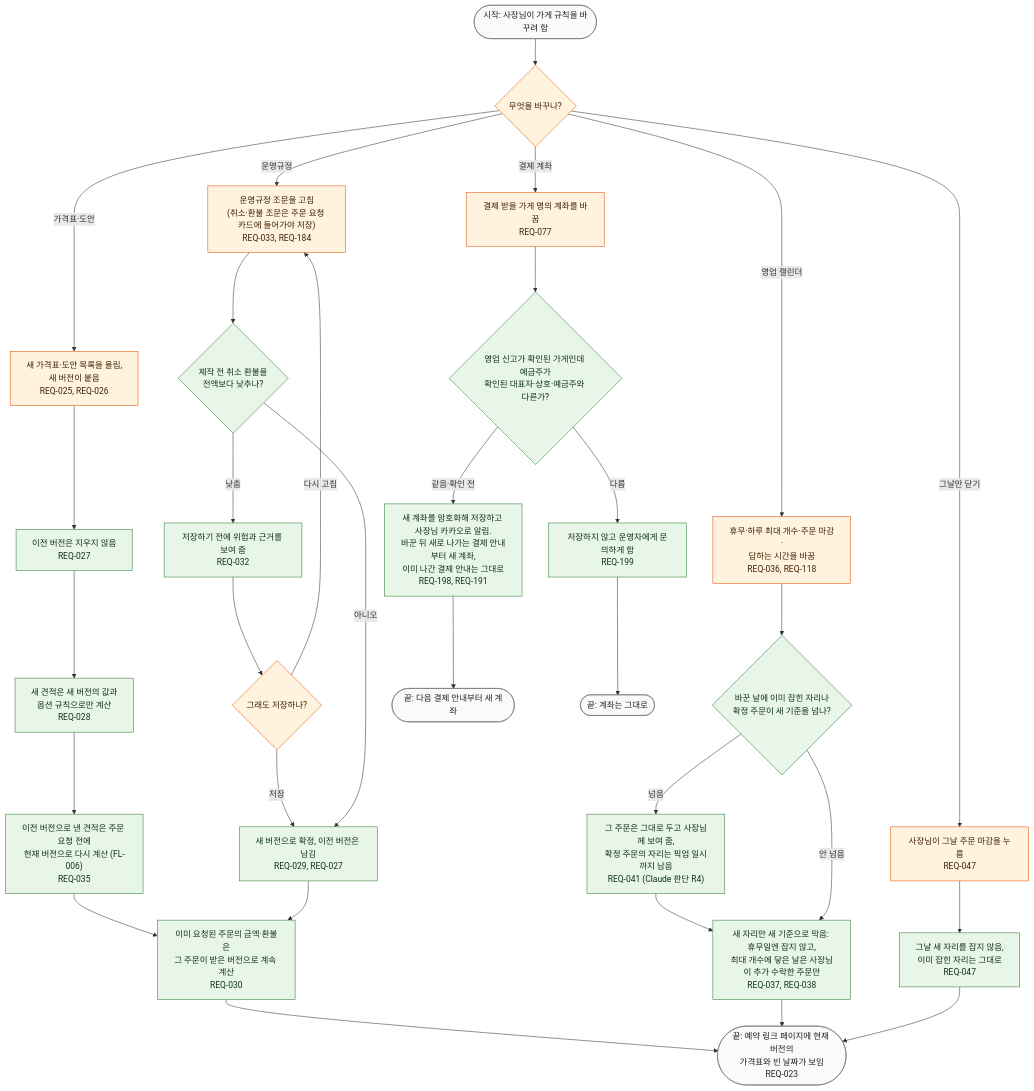
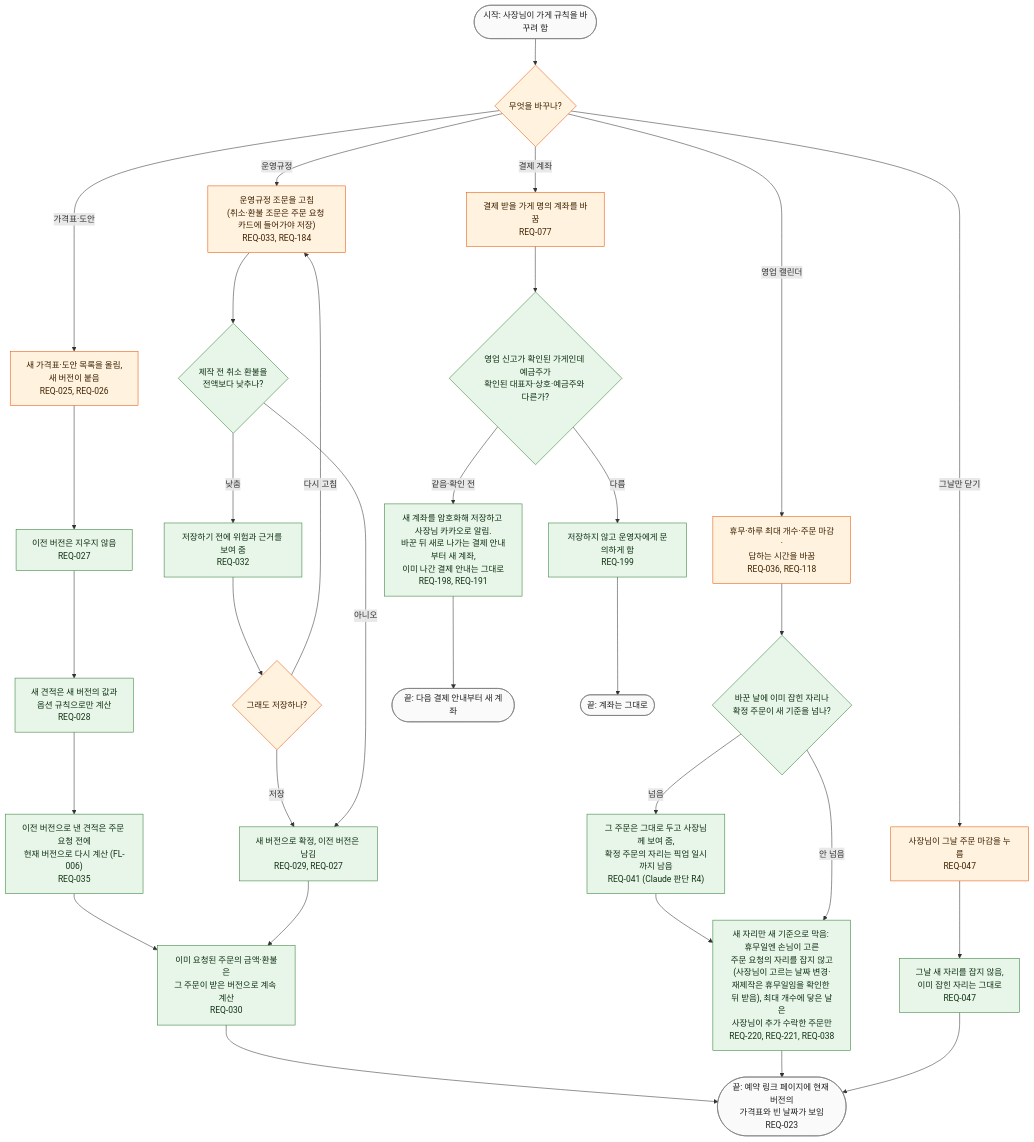
One commit to kodonghui/siljang.ai changed the diagram in docs/03-user-flow/FL-002-change-shop-rules.md. Above: the diagram before and after it, drawn with Mermaid. The commit also changed other lines of this file and 13 other files, not shown here.

````diff
--- a/docs/03-user-flow/FL-002-change-shop-rules.md
+++ b/docs/03-user-flow/FL-002-change-shop-rules.md
@@ -18,52 +18,52 @@
 ```mermaid
 flowchart TD
   S(["시작: 사장님이 가게 규칙을 바꾸려 함"])
   D0{"무엇을 바꾸나?"}
   P1["새 가격표·도안 목록을 올림,<br/>새 버전이 붙음<br/>REQ-025, REQ-026"]
   P2["이전 버전은 지우지 않음<br/>REQ-027"]
   P3["새 견적은 새 버전의 값과<br/>옵션 규칙으로만 계산<br/>REQ-028"]
   P4["이전 버전으로 낸 견적은 주문 요청 전에<br/>현재 버전으로 다시 계산 (FL-006)<br/>REQ-035"]
   U1["운영규정 조문을 고침<br/>(취소·환불 조문은 주문 요청 카드에 들어가야 저장)<br/>REQ-033, REQ-184"]
   D1{"제작 전 취소 환불을<br/>전액보다 낮추나?"}
   U2["저장하기 전에 위험과 근거를 보여 줌<br/>REQ-032"]
   D2{"그래도 저장하나?"}
   U3["새 버전으로 확정, 이전 버전은 남김<br/>REQ-029, REQ-027"]
   K1["이미 요청된 주문의 금액·환불은<br/>그 주문이 받은 버전으로 계속 계산<br/>REQ-030"]
   C1["휴무·하루 최대 개수·주문 마감·<br/>답하는 시간을 바꿈<br/>REQ-036, REQ-118"]
   D3{"바꾼 날에 이미 잡힌 자리나<br/>확정 주문이 새 기준을 넘나?"}
   C2["그 주문은 그대로 두고 사장님께 보여 줌,<br/>확정 주문의 자리는 픽업 일시까지 남음<br/>REQ-041 (Claude 판단 R4)"]
-  C3["새 자리만 새 기준으로 막음: 휴무일엔 잡지 않고,<br/>최대 개수에 닿은 날은 사장님이 추가 수락한 주문만<br/>REQ-037, REQ-038"]
+  C3["새 자리만 새 기준으로 막음: 휴무일엔 손님이 고른<br/>주문 요청의 자리를 잡지 않고(사장님이 고르는 날짜 변경·<br/>재제작은 휴무일임을 확인한 뒤 받음), 최대 개수에 닿은 날은<br/>사장님이 추가 수락한 주문만<br/>REQ-220, REQ-221, REQ-038"]
   M1["사장님이 그날 주문 마감을 누름<br/>REQ-047"]
   M2["그날 새 자리를 잡지 않음,<br/>이미 잡힌 자리는 그대로<br/>REQ-047"]
   E1(["끝: 예약 링크 페이지에 현재 버전의<br/>가격표와 빈 날짜가 보임<br/>REQ-023"])
   A1["결제 받을 가게 명의 계좌를 바꿈<br/>REQ-077"]
   D4{"영업 신고가 확인된 가게인데 예금주가<br/>확인된 대표자·상호·예금주와 다른가?"}
   W1["저장하지 않고 운영자에게 문의하게 함<br/>REQ-199"]
   A2["새 계좌를 암호화해 저장하고 사장님 카카오로 알림.<br/>바꾼 뒤 새로 나가는 결제 안내부터 새 계좌,<br/>이미 나간 결제 안내는 그대로<br/>REQ-198, REQ-191"]
   E2(["끝: 다음 결제 안내부터 새 계좌"])
   E3(["끝: 계좌는 그대로"])
 
   S --> D0
   D0 -->|"가격표·도안"| P1 --> P2 --> P3 --> P4 --> K1
   D0 -->|"운영규정"| U1 --> D1
   D1 -->|"낮춤"| U2 --> D2
   D2 -->|"저장"| U3
   D2 -->|"다시 고침"| U1
   D1 -->|"아니오"| U3
   U3 --> K1 --> E1
   D0 -->|"영업 캘린더"| C1 --> D3
   D3 -->|"넘음"| C2 --> C3
   D3 -->|"안 넘음"| C3
   C3 --> E1
   D0 -->|"그날만 닫기"| M1 --> M2 --> E1
   D0 -->|"결제 계좌"| A1 --> D4
   D4 -->|"다름"| W1 --> E3
   D4 -->|"같음·확인 전"| A2 --> E2
 
   classDef owner fill:#fff3e0,stroke:#e65100,color:#3e2000
   classDef svc fill:#e8f5e9,stroke:#2e7d32,color:#0f3313
   classDef term fill:#fafafa,stroke:#757575,color:#212121
   class D0,P1,U1,D2,C1,M1,A1 owner
   class P2,P3,P4,D1,U2,U3,K1,D3,C2,C3,M2,D4,W1,A2 svc
   class S,E1,E2,E3 term
 ```
````
